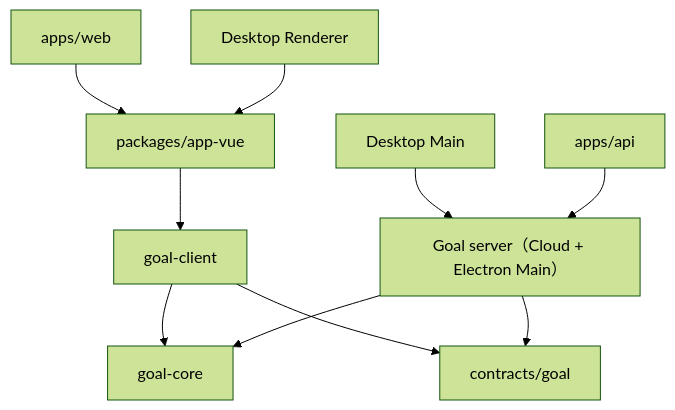
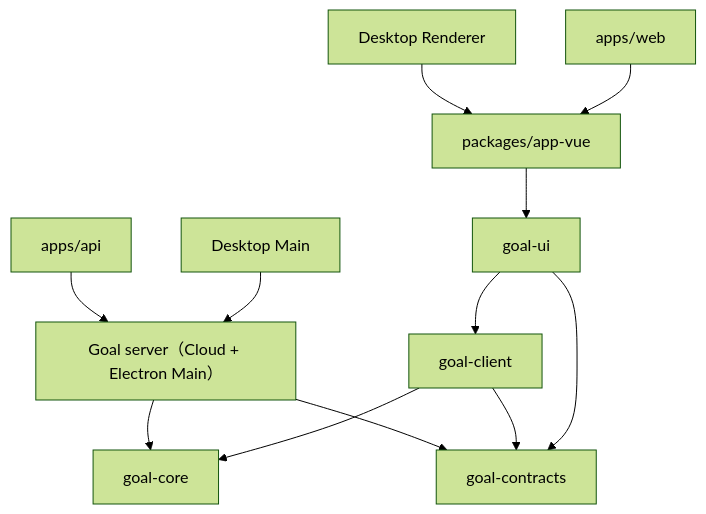
Before and after one commit to BakerSean168/memoflow: the diagram in docs/internals/goal-package-boundaries.md, drawn with Mermaid (forest theme). The commit also changed other lines of this file and 257 other files, not shown here.

````diff
--- a/docs/internals/goal-package-boundaries.md
+++ b/docs/internals/goal-package-boundaries.md
@@ -13,12 +14,14 @@
 ```mermaid
 flowchart TD
   Web["apps/web"] --> UI["packages/app-vue"]
   DesktopRenderer["Desktop Renderer"] --> UI
-  UI --> Client["goal-client"]
+  UI --> GoalUI["goal-ui"]
+  GoalUI --> Client["goal-client"]
+  GoalUI --> Contracts["goal-contracts"]
   Client --> Core["goal-core"]
-  Client --> Contracts["contracts/goal"]
+  Client --> Contracts
   Server["Goal server（Cloud + Electron Main）"] --> Core
   Server --> Contracts
   DesktopMain["Desktop Main"] --> Server
   API["apps/api"] --> Server
 ```
````
